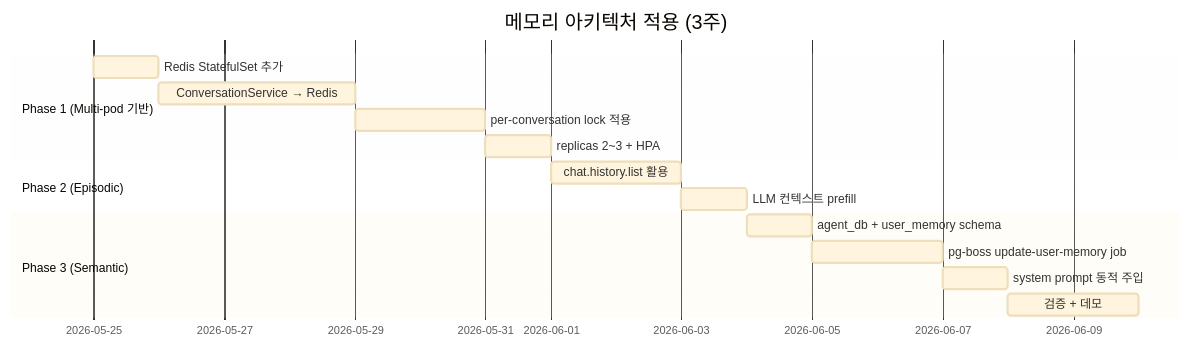
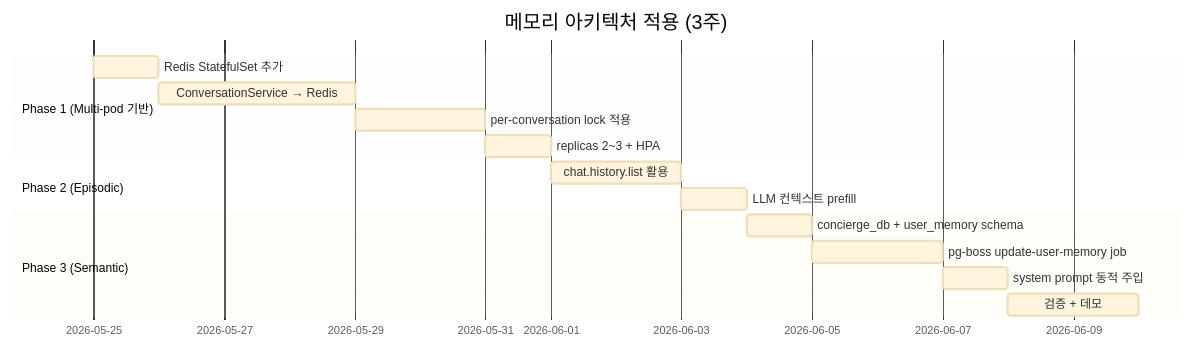
One commit to uniyous/parkgolf-platform changed the fifth of 5 diagrams in docs/workflow/agent-memory.md. Above: the diagram before and after it, drawn with Mermaid. The commit also changed other lines of this file and 37 other files, not shown here.

First line of the commit message:
refactor(infra): NATS subject·DB명 리네임 — agent.*→concierge.* · payment.*→billing.* (UNI-91)

````diff
--- a/docs/workflow/agent-memory.md
+++ b/docs/workflow/agent-memory.md
@@ -710,19 +710,19 @@
 ```mermaid
 %%{init: {'theme':'base','themeVariables':{'fontSize':'12px'}}}%%
 gantt
     title 메모리 아키텍처 적용 (3주)
     dateFormat YYYY-MM-DD
     section Phase 1 (Multi-pod 기반)
     Redis StatefulSet 추가         :p1a, 2026-05-25, 1d
     ConversationService → Redis    :p1b, after p1a, 3d
     per-conversation lock 적용     :p1c, after p1b, 2d
     replicas 2~3 + HPA            :p1d, after p1c, 1d
     section Phase 2 (Episodic)
     chat.history.list 활용         :p2a, after p1d, 2d
     LLM 컨텍스트 prefill           :p2b, after p2a, 1d
     section Phase 3 (Semantic)
-    agent_db + user_memory schema  :p3a, after p2b, 1d
+    concierge_db + user_memory schema  :p3a, after p2b, 1d
     pg-boss update-user-memory job :p3b, after p3a, 2d
     system prompt 동적 주입        :p3c, after p3b, 1d
     검증 + 데모                    :p3d, after p3c, 2d
 ```
````
